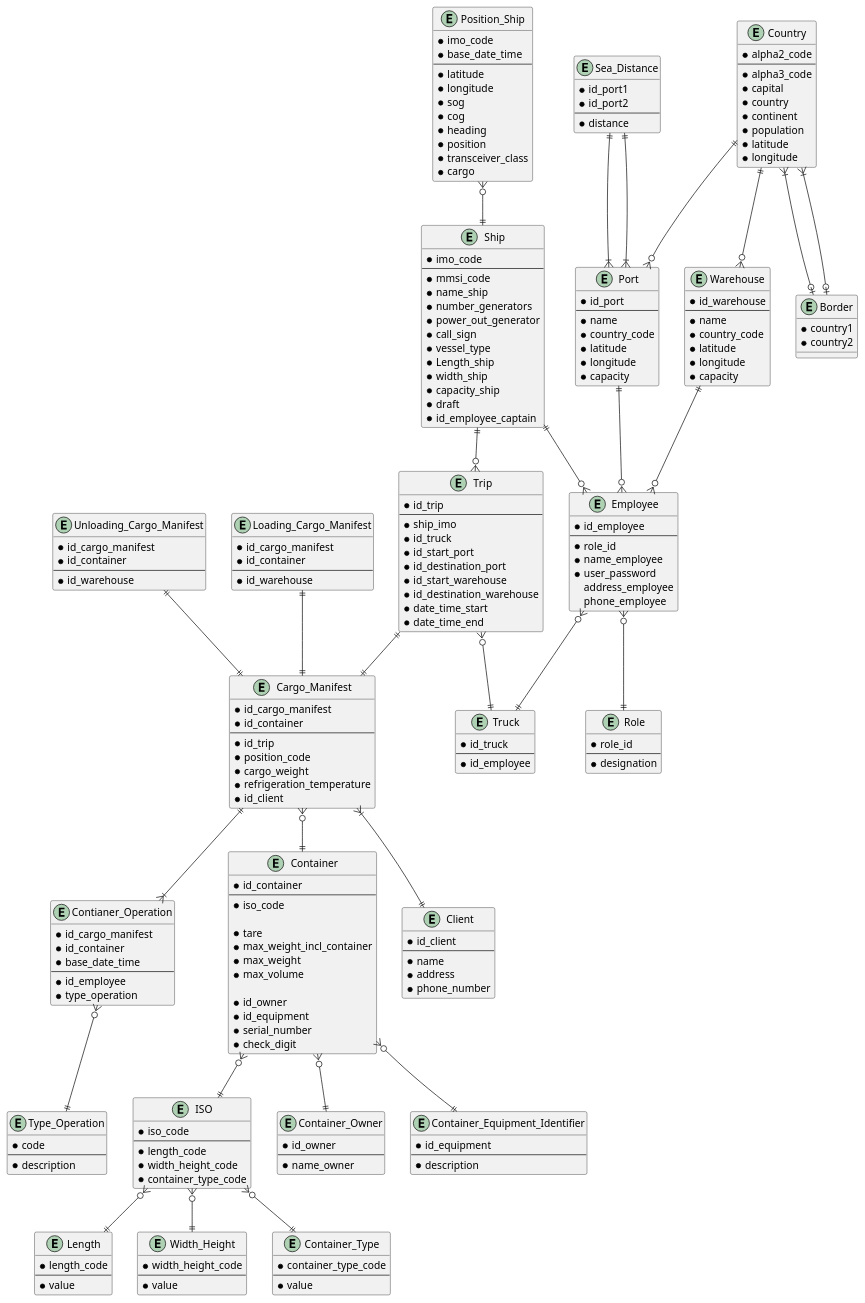
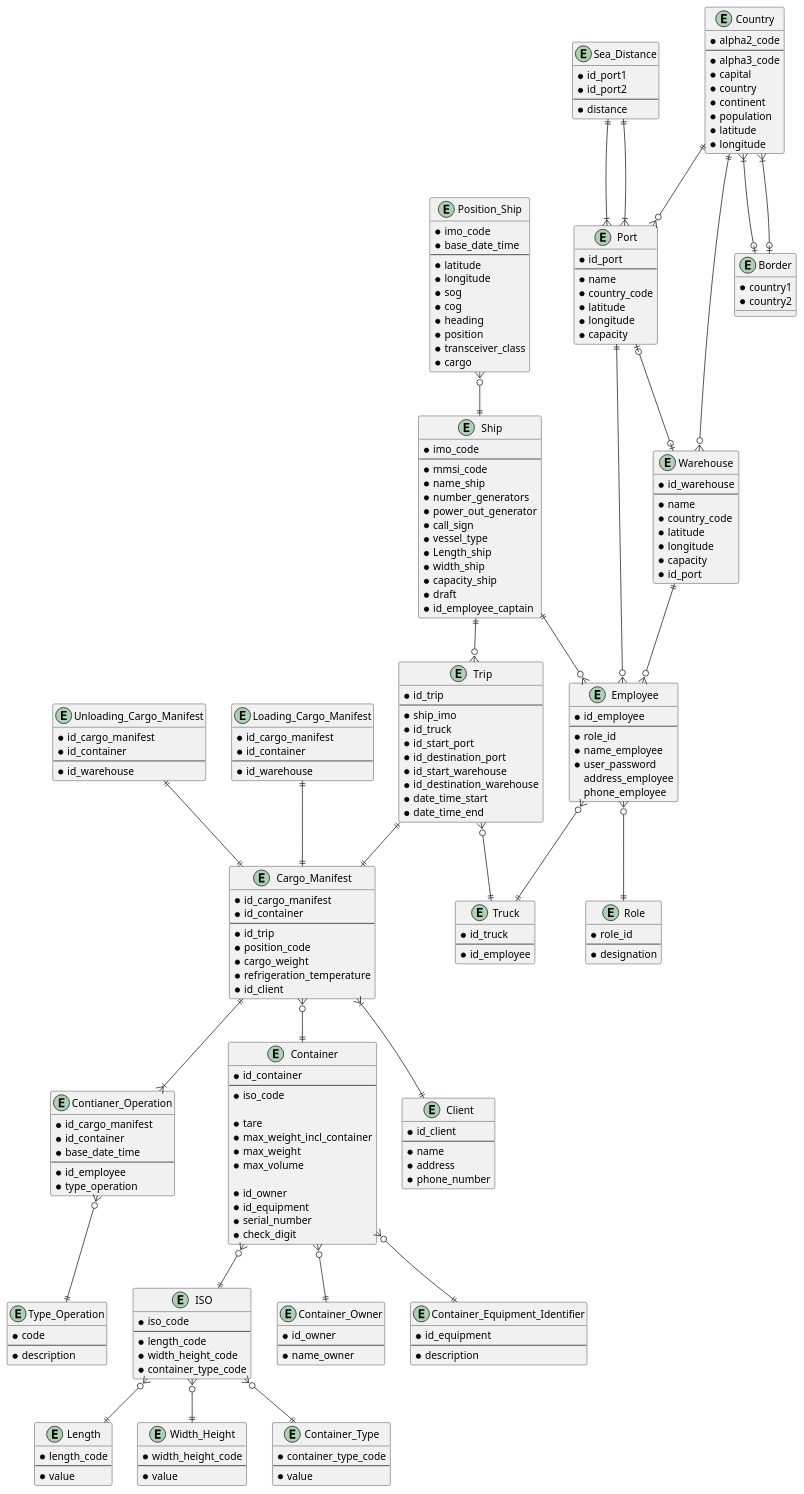
One commit to 1190772/LAB-Project-3 changed the diagram in docs/Sprint 3/US/US108/logical_model.puml. Above: the diagram before and after it, drawn with PlantUML. The commit also changed 8 other files, not shown here.

```diff
--- a/docs/Sprint 3/US/US108/logical_model.puml
+++ b/docs/Sprint 3/US/US108/logical_model.puml
@@ -135,6 +135,7 @@
 * latitude
 * longitude
 * capacity
+* id_port
 }
 
 entity Employee{
@@ -229,6 +230,7 @@
 Ship ||--o{ Employee
 Warehouse ||--o{ Employee
 Port ||--o{ Employee
+Port |o--o| Warehouse
 Employee }o--|| Role
 
 Unloading_Cargo_Manifest ||--|| Cargo_Manifest
```
